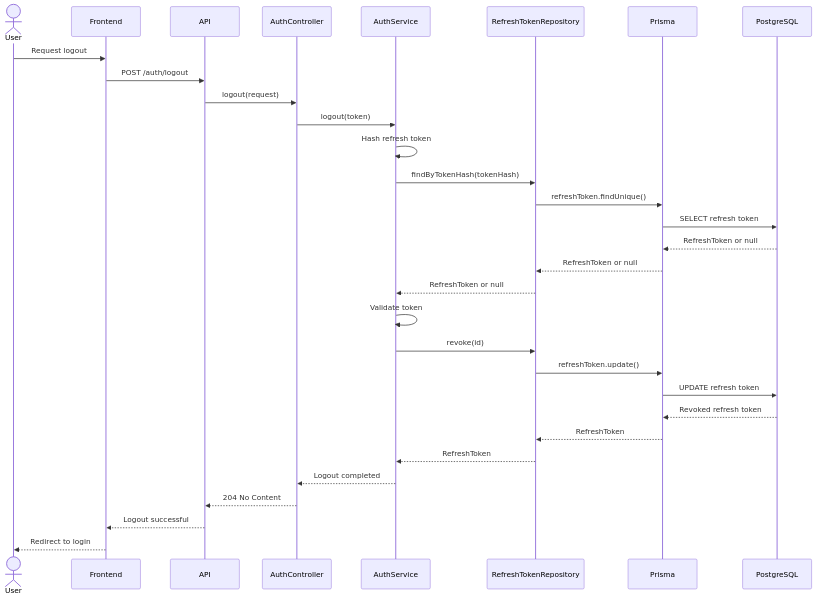
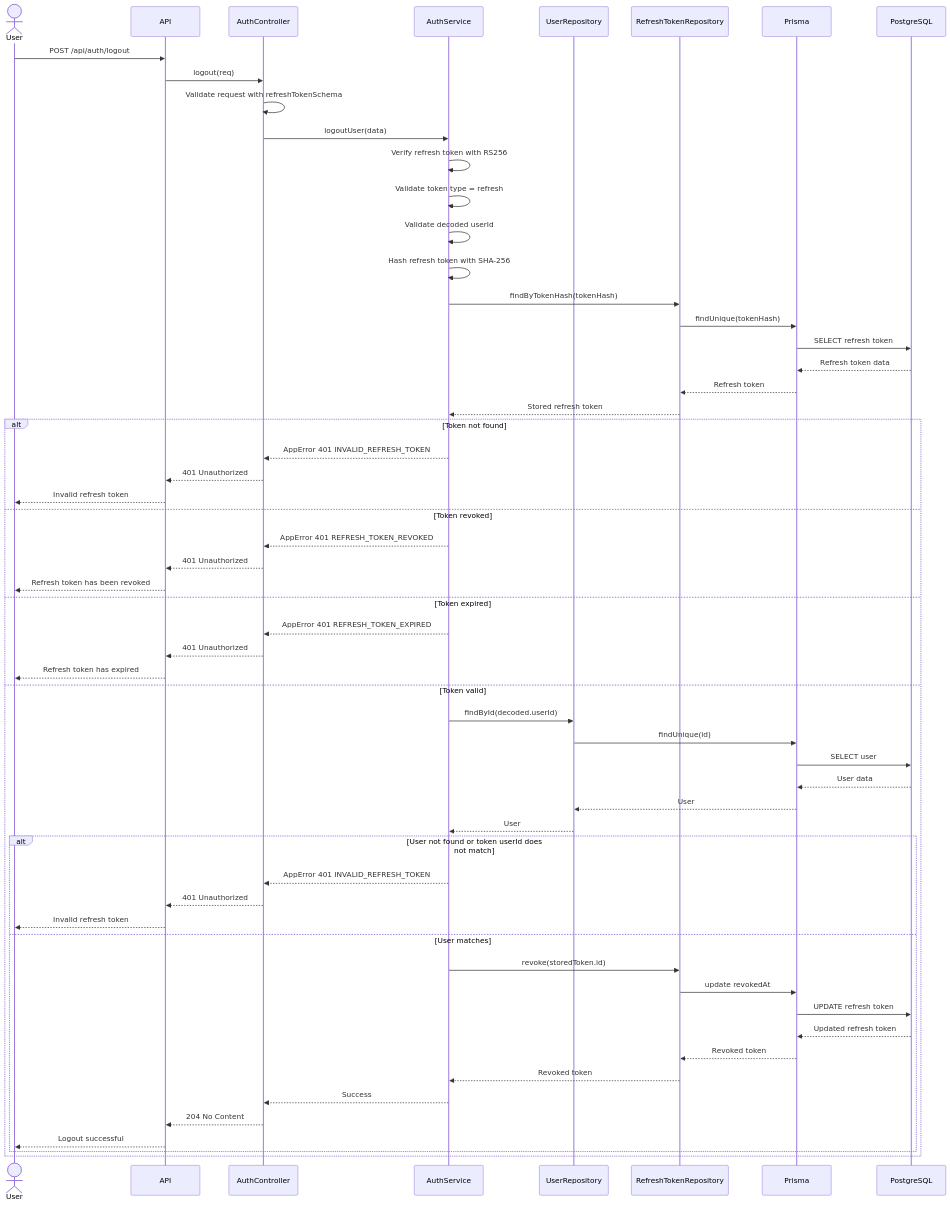
The diagram in docs/diagrams/sequence-diagrams/auth/logout.md (davihenriquedev1/prodixus), drawn with Mermaid before and after one commit. The commit also changed other lines of this file and 8 other files, not shown here.

Commit message:
docs: update auth and user sequence diagrams

````diff
--- a/docs/diagrams/sequence-diagrams/auth/logout.md
+++ b/docs/diagrams/sequence-diagrams/auth/logout.md
@@ -3,63 +3,66 @@
 ```mermaid
 sequenceDiagram
-
     actor User
-
-    participant Frontend
-
     participant API
-
     participant AuthController
-
     participant AuthService
-
+    participant UserRepository
     participant RefreshTokenRepository
-
     participant Prisma
-
     participant PostgreSQL
 
-    User->>Frontend: Request logout
+    User->>API: POST /api/auth/logout
+    API->>AuthController: logout(req)
+    AuthController->>AuthController: Validate request with refreshTokenSchema
+    AuthController->>AuthService: logoutUser(data)
 
-    Frontend->>API: POST /auth/logout
+    AuthService->>AuthService: Verify refresh token with RS256
+    AuthService->>AuthService: Validate token type = refresh
+    AuthService->>AuthService: Validate decoded userId
 
-    API->>AuthController: logout(request)
+    AuthService->>AuthService: Hash refresh token with SHA-256
+    AuthService->>RefreshTokenRepository: findByTokenHash(tokenHash)
+    RefreshTokenRepository->>Prisma: findUnique(tokenHash)
+    Prisma->>PostgreSQL: SELECT refresh token
+    PostgreSQL-->>Prisma: Refresh token data
+    Prisma-->>RefreshTokenRepository: Refresh token
+    RefreshTokenRepository-->>AuthService: Stored refresh token
 
-    AuthController->>AuthService: logout(token)
+    alt Token not found
+        AuthService-->>AuthController: AppError 401 INVALID_REFRESH_TOKEN
+        AuthController-->>API: 401 Unauthorized
+        API-->>User: Invalid refresh token
+    else Token revoked
+        AuthService-->>AuthController: AppError 401 REFRESH_TOKEN_REVOKED
+        AuthController-->>API: 401 Unauthorized
+        API-->>User: Refresh token has been revoked
+    else Token expired
+        AuthService-->>AuthController: AppError 401 REFRESH_TOKEN_EXPIRED
+        AuthController-->>API: 401 Unauthorized
+        API-->>User: Refresh token has expired
+    else Token valid
+        AuthService->>UserRepository: findById(decoded.userId)
+        UserRepository->>Prisma: findUnique(id)
+        Prisma->>PostgreSQL: SELECT user
+        PostgreSQL-->>Prisma: User data
+        Prisma-->>UserRepository: User
+        UserRepository-->>AuthService: User
 
-    AuthService->>AuthService: Hash refresh token
+        alt User not found or token userId does not match
+            AuthService-->>AuthController: AppError 401 INVALID_REFRESH_TOKEN
+            AuthController-->>API: 401 Unauthorized
+            API-->>User: Invalid refresh token
+        else User matches
+            AuthService->>RefreshTokenRepository: revoke(storedToken.id)
+            RefreshTokenRepository->>Prisma: update revokedAt
+            Prisma->>PostgreSQL: UPDATE refresh token
+            PostgreSQL-->>Prisma: Updated refresh token
+            Prisma-->>RefreshTokenRepository: Revoked token
+            RefreshTokenRepository-->>AuthService: Revoked token
 
-    AuthService->>RefreshTokenRepository: findByTokenHash(tokenHash)
-
-    RefreshTokenRepository->>Prisma: refreshToken.findUnique()
-
-    Prisma->>PostgreSQL: SELECT refresh token
-
-    PostgreSQL-->>Prisma: RefreshToken or null
-
-    Prisma-->>RefreshTokenRepository: RefreshToken or null
-
-    RefreshTokenRepository-->>AuthService: RefreshToken or null
-
-    AuthService->>AuthService: Validate token
-
-    AuthService->>RefreshTokenRepository: revoke(id)
-
-    RefreshTokenRepository->>Prisma: refreshToken.update()
-
-    Prisma->>PostgreSQL: UPDATE refresh token
-
-    PostgreSQL-->>Prisma: Revoked refresh token
-
-    Prisma-->>RefreshTokenRepository: RefreshToken
-
-    RefreshTokenRepository-->>AuthService: RefreshToken
-
-    AuthService-->>AuthController: Logout completed
-
-    AuthController-->>API: 204 No Content
-
-    API-->>Frontend: Logout successful
-
-    Frontend-->>User: Redirect to login
+            AuthService-->>AuthController: Success
+            AuthController-->>API: 204 No Content
+            API-->>User: Logout successful
+        end
+    end
 ```
````
